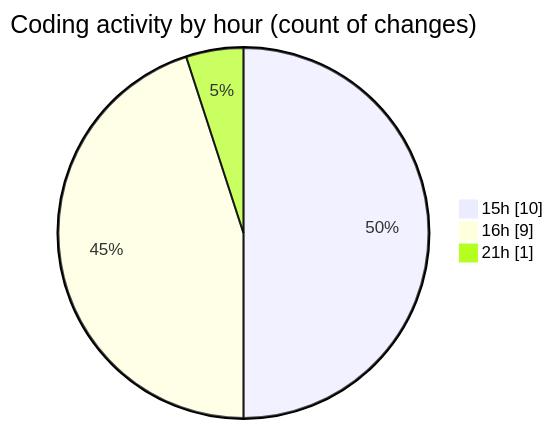
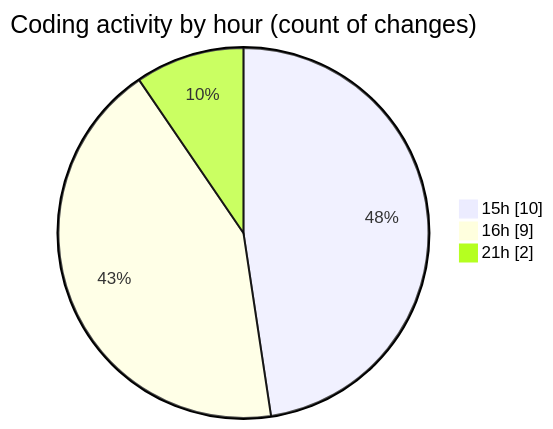
Before and after one commit to julien-gomy/code-tracking: the second of 2 diagrams in 2025-11-23/cdp_aleoudev_fr__workspace_/README.md, drawn with Mermaid. The commit also changed other lines of this file and 1 other file, not shown here.

````diff
--- a/2025-11-23/cdp_aleoudev_fr__workspace_/README.md
+++ b/2025-11-23/cdp_aleoudev_fr__workspace_/README.md
@@ -31,7 +31,7 @@
 ```mermaid
 pie showData
 title Coding activity by hour (count of changes)
 "15h" : 10
 "16h" : 9
-"21h" : 1
+"21h" : 2
 ```
````
